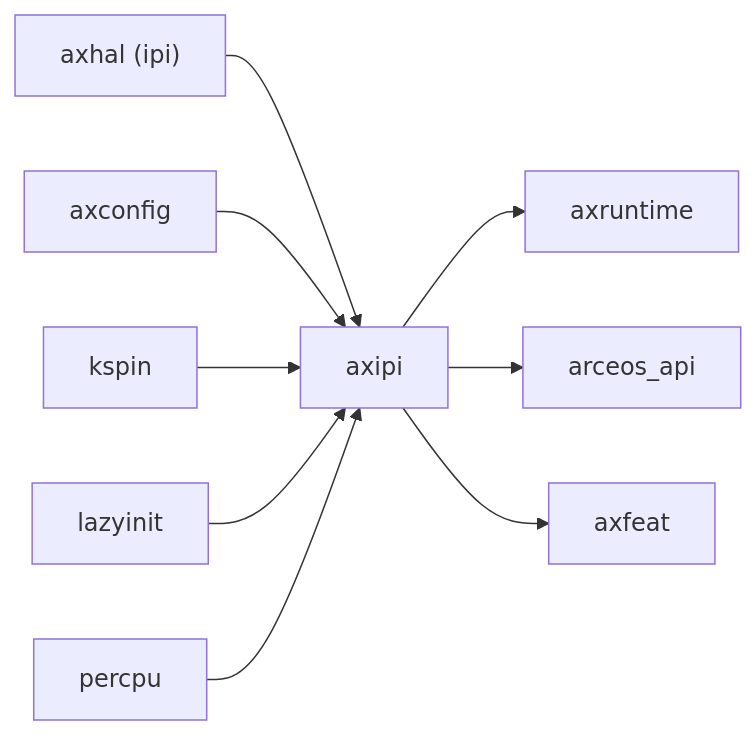
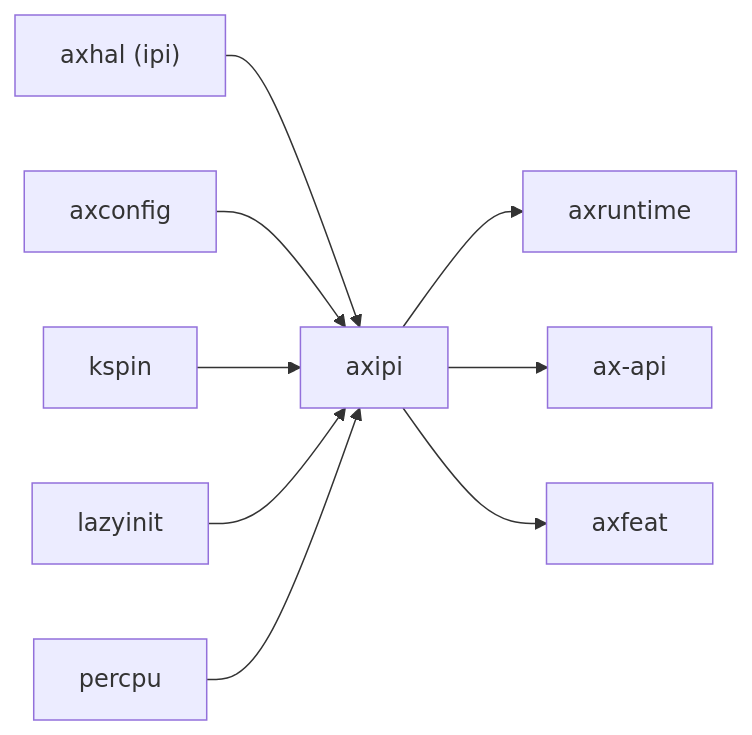
One commit to zKurisu/tgoskits changed the second of 2 diagrams in docs/crates/axipi.md. Above: the diagram before and after it, drawn with Mermaid. The commit also changed other lines of this file and 61 other files, not shown here.

Commit message:
rename arceos_api to ax-api

````diff
--- a/docs/crates/axipi.md
+++ b/docs/crates/axipi.md
@@ -77,12 +77,12 @@
 ```mermaid
 graph LR
     axhal["axhal (ipi)"] --> axipi["axipi"]
     axconfig["axconfig"] --> axipi
     kspin["kspin"] --> axipi
     lazyinit["lazyinit"] --> axipi
     percpu["percpu"] --> axipi
 
     axipi --> axruntime["axruntime"]
-    axipi --> arceos_api["arceos_api"]
+    axipi --> ax-api["ax-api"]
     axipi --> axfeat["axfeat"]
 ```
````
